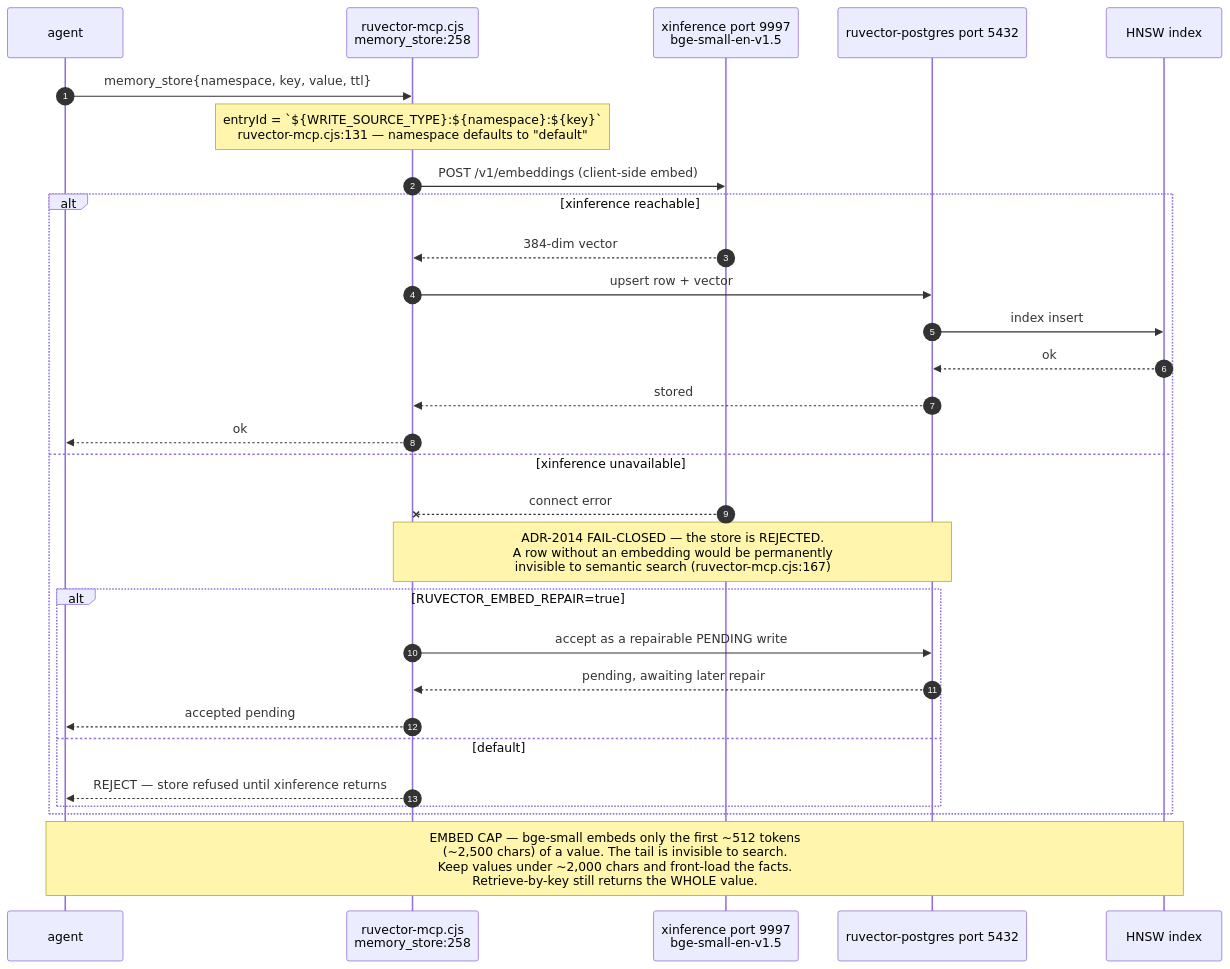
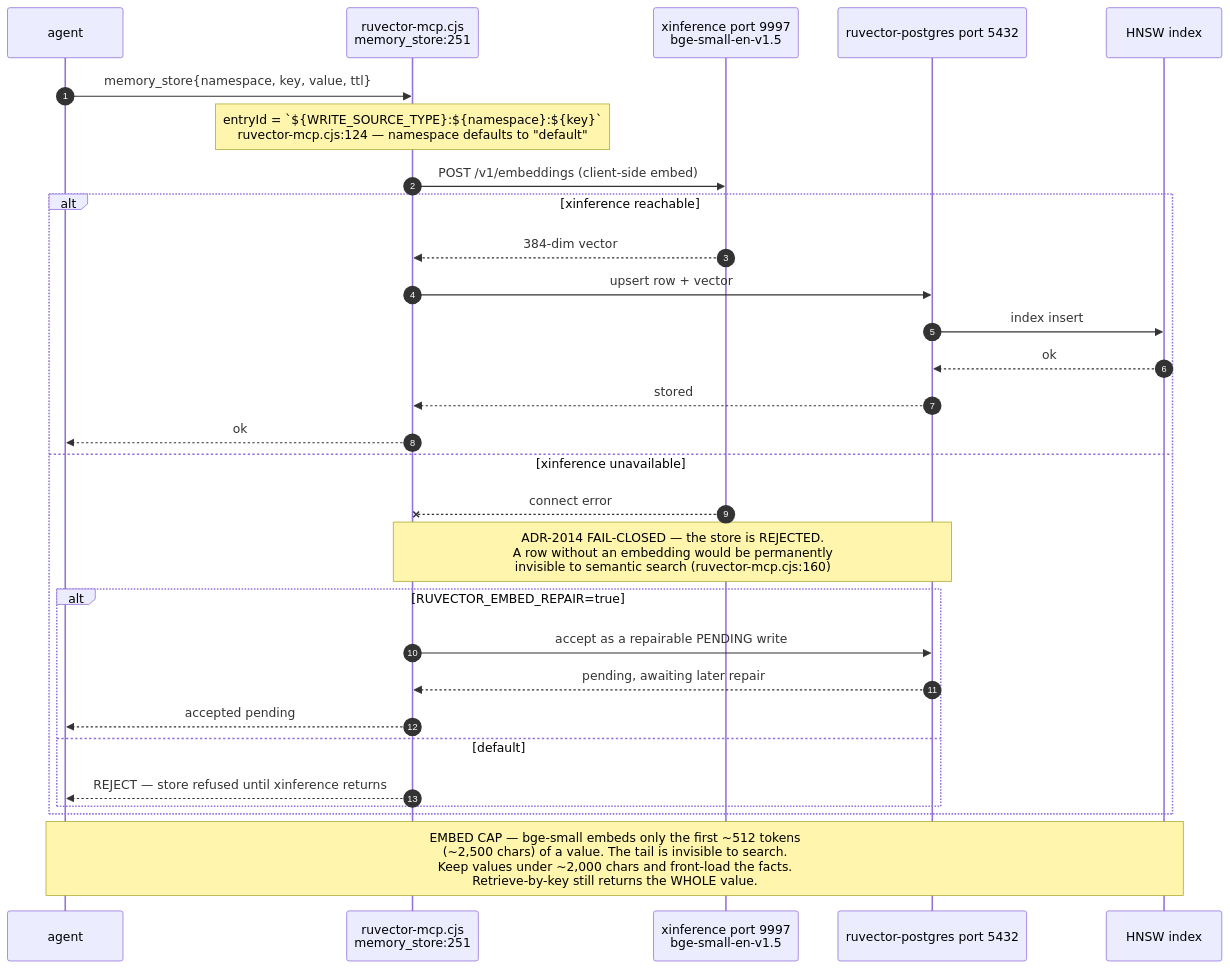
The second of 6 diagrams in docs/diagrams/estate/07-memory-and-embedding-estate.md (DreamLab-AI/VisionFlow), drawn with Mermaid before and after one commit. The commit also changed other lines of this file and 91 other files, not shown here.

````diff
--- a/docs/diagrams/estate/07-memory-and-embedding-estate.md
+++ b/docs/diagrams/estate/07-memory-and-embedding-estate.md
@@ -80,32 +81,32 @@
 ```mermaid
 sequenceDiagram
     autonumber
     participant A as agent
-    participant M as ruvector-mcp.cjs<br/>memory_store:258
+    participant M as ruvector-mcp.cjs<br/>memory_store:251
     participant X as xinference port 9997<br/>bge-small-en-v1.5
     participant P as ruvector-postgres port 5432
     participant H as HNSW index
 
     A->>M: memory_store{namespace, key, value, ttl}
-    Note over M: entryId = `${WRITE_SOURCE_TYPE}:${namespace}:${key}`<br/>ruvector-mcp.cjs:131 — namespace defaults to "default"
+    Note over M: entryId = `${WRITE_SOURCE_TYPE}:${namespace}:${key}`<br/>ruvector-mcp.cjs:124 — namespace defaults to "default"
     M->>X: POST /v1/embeddings (client-side embed)
     alt xinference reachable
         X-->>M: 384-dim vector
         M->>P: upsert row + vector
         P->>H: index insert
         H-->>P: ok
         P-->>M: stored
         M-->>A: ok
     else xinference unavailable
         X--xM: connect error
-        Note over M,P: ADR-2014 FAIL-CLOSED — the store is REJECTED.<br/>A row without an embedding would be permanently<br/>invisible to semantic search (ruvector-mcp.cjs:167)
+        Note over M,P: ADR-2014 FAIL-CLOSED — the store is REJECTED.<br/>A row without an embedding would be permanently<br/>invisible to semantic search (ruvector-mcp.cjs:160)
         alt RUVECTOR_EMBED_REPAIR=true
             M->>P: accept as a repairable PENDING write
             P-->>M: pending, awaiting later repair
             M-->>A: accepted pending
         else default
             M-->>A: REJECT — store refused until xinference returns
         end
     end
     Note over A,H: EMBED CAP — bge-small embeds only the first ~512 tokens<br/>(~2,500 chars) of a value. The tail is invisible to search.<br/>Keep values under ~2,000 chars and front-load the facts.<br/>Retrieve-by-key still returns the WHOLE value.
 ```
````
